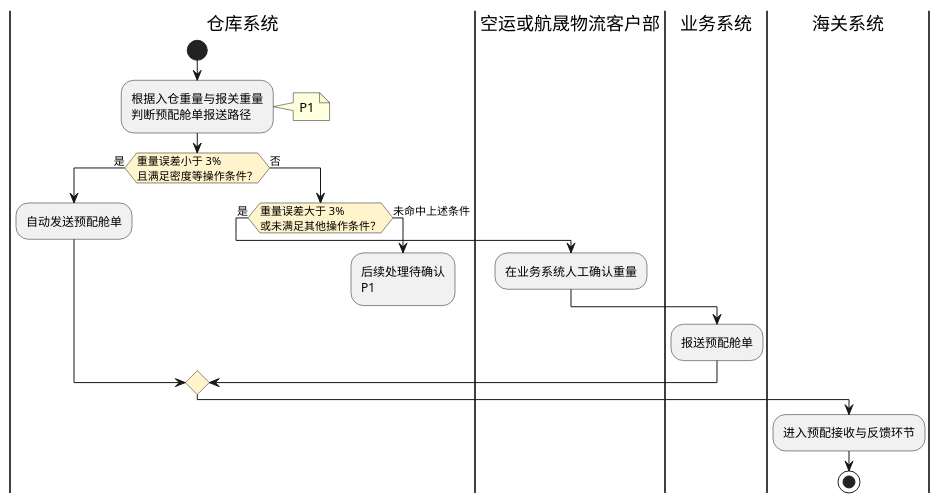
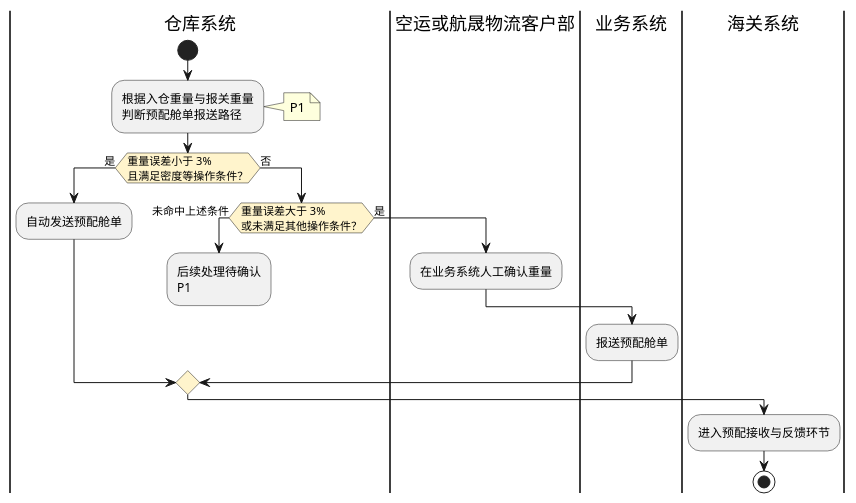
Before and after one commit to jack888332/projects-doc: the first of 3 diagrams in product-caliber/goldjet/segmented-prd/PRD.高捷物流系统一期.第033篇.DDP跨模块作业与结算流程.7579B595B8.md, drawn with PlantUML. The commit also changed 4 other files, not shown here.

Commit message:
减少泳道活动图连线的可避免交叉

````diff
--- a/product-caliber/goldjet/segmented-prd/PRD.高捷物流系统一期.第033篇.DDP跨模块作业与结算流程.7579B595B8.md
+++ b/product-caliber/goldjet/segmented-prd/PRD.高捷物流系统一期.第033篇.DDP跨模块作业与结算流程.7579B595B8.md
@@ -55,26 +55,26 @@
 ```plantuml
 @startuml goldjet-033-manifest-routing
 skinparam activityDiamondBackgroundColor #FFF4CC
 |仓库系统|
 start
 :根据入仓重量与报关重量\n判断预配舱单报送路径;
 note right: P1
 if (重量误差小于 3%\n且满足密度等操作条件？) then (是)
   :自动发送预配舱单;
 else (否)
-  if (重量误差大于 3%\n或未满足其他操作条件？) then (是)
+  if (重量误差大于 3%\n或未满足其他操作条件？) then (未命中上述条件)
+    |仓库系统|
+    :后续处理待确认\nP1;
+    detach
+  else (是)
     |空运或航晟物流客户部|
     :在业务系统人工确认重量;
     |业务系统|
     :报送预配舱单;
-  else (未命中上述条件)
-    |仓库系统|
-    :后续处理待确认\nP1;
-    detach
   endif
 endif
 |海关系统|
 :进入预配接收与反馈环节;
 stop
 @enduml
 ```
````
